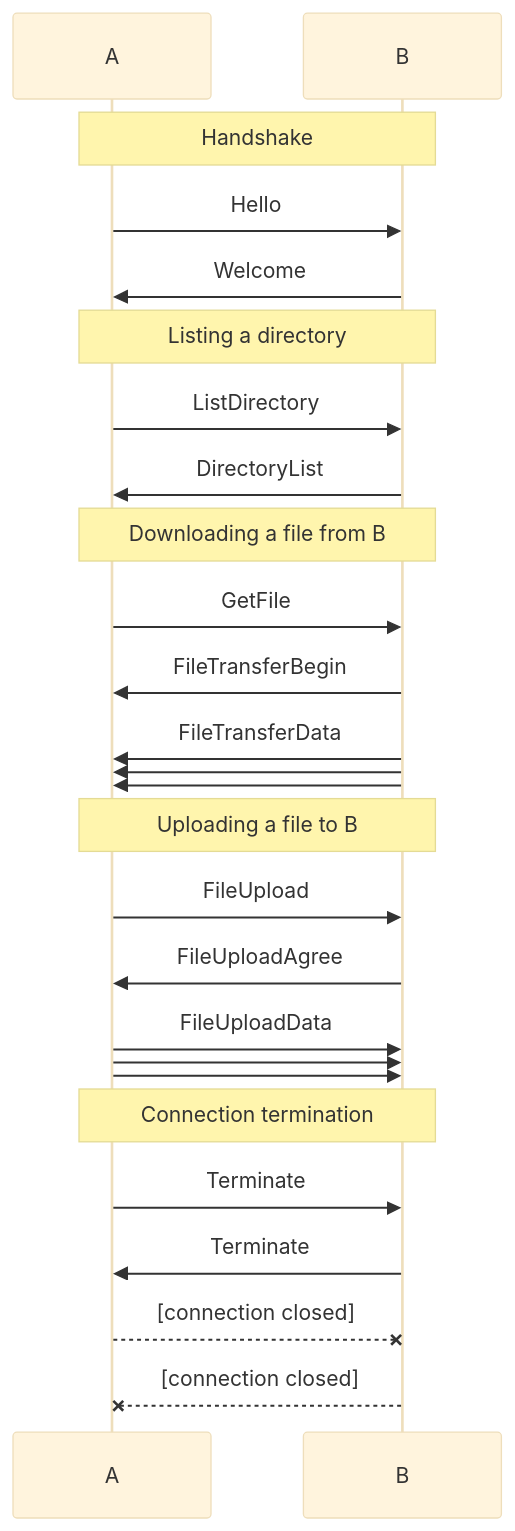
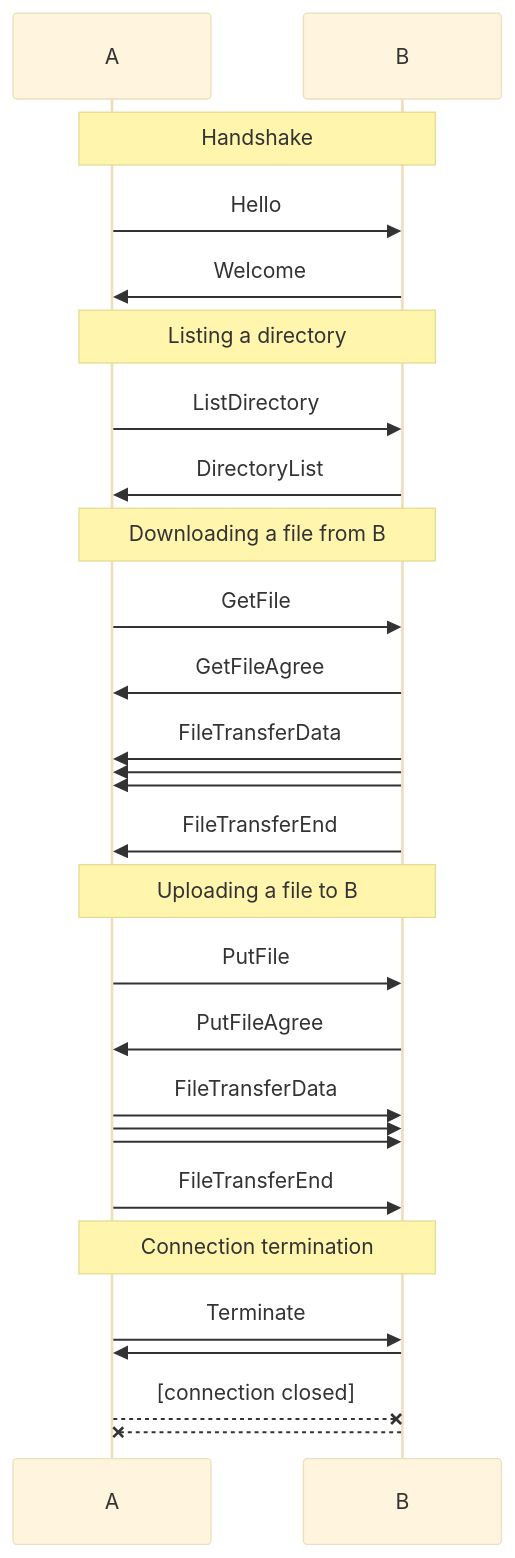
One commit to diamondburned/wftp changed the diagram in README.md. Above: the diagram before and after it, drawn with Mermaid (base theme). The commit also changed other lines of this file, not shown here.

````diff
--- a/README.md
+++ b/README.md
@@ -98,27 +98,28 @@
 ```mermaid
 sequenceDiagram
     Note over A, B: Handshake
     A->>B: Hello
     B->>A: Welcome
     Note over A, B: Listing a directory
     A->>B: ListDirectory
     B->>A: DirectoryList
     Note over A, B: Downloading a file from B
     A->>B: GetFile
-    B->>A: FileTransferBegin
+    B->>A: GetFileAgree
     B->>A: FileTransferData
     B->>A: 
     B->>A: 
+    B->>A: FileTransferEnd
     Note over A, B: Uploading a file to B
-    A->>B: FileUpload
-    B->>A: FileUploadAgree
-    A->>B: FileUploadData
+    A->>B: PutFile
+    B->>A: PutFileAgree
+    A->>B: FileTransferData
     A->>B: 
     A->>B: 
+    A->>B: FileTransferEnd
     Note over A, B: Connection termination
     A->>B: Terminate
-    B->>A: Terminate
+    B->>A: 
     A--xB: [connection closed]
-    B--xA: [connection closed]
-
+    B--xA: 
 ```
````
